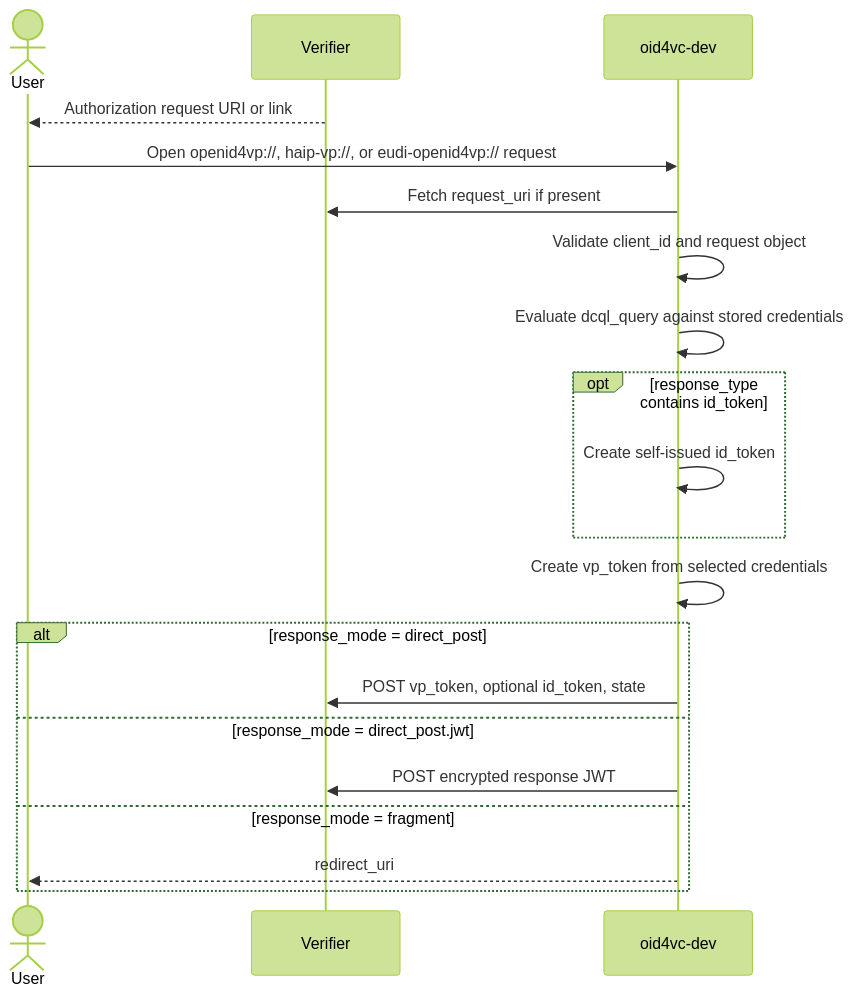
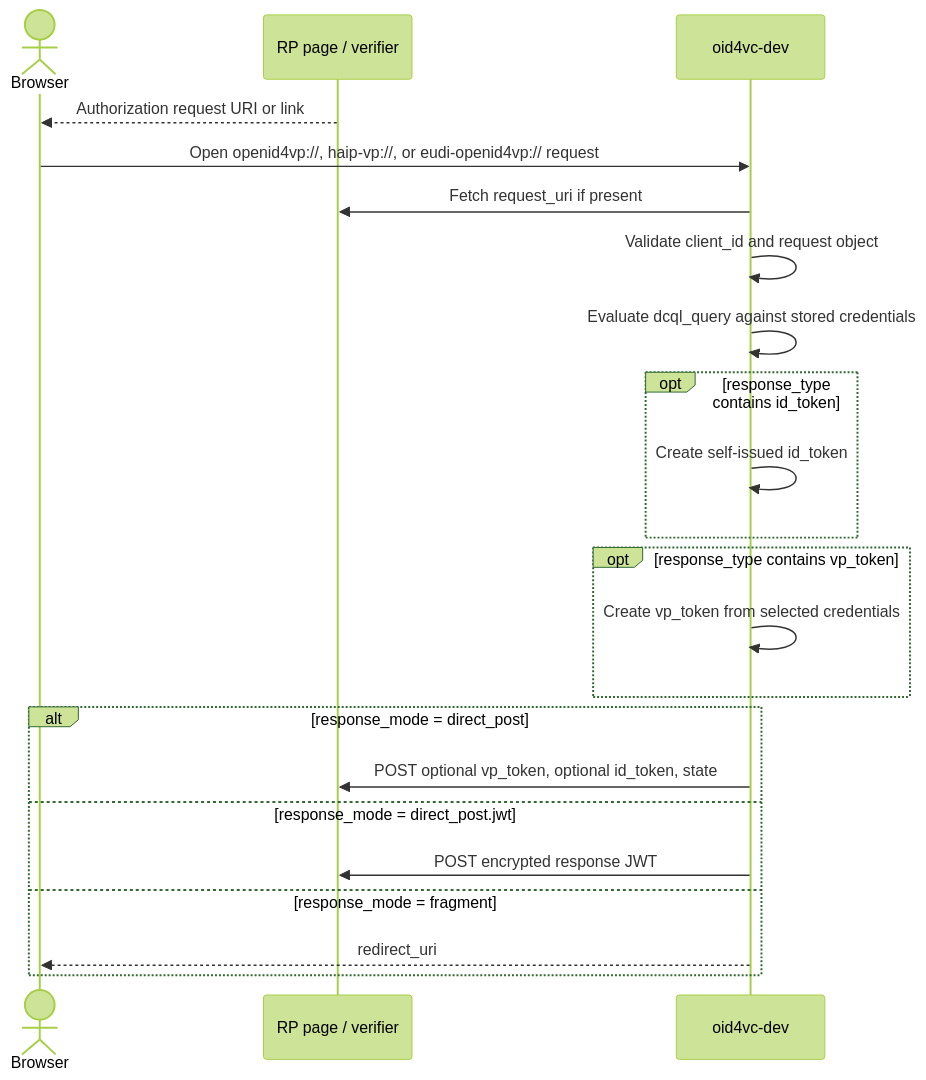
The second of 4 diagrams in docs/diagrams/oid4vp.md (dominikschlosser/ssi-debugger), drawn with Mermaid (forest theme) before and after one commit. The commit also changed other lines of this file and 10 other files, not shown here.

Commit message:
fix: SIOPv2 only mode and require-encrypted-request was not enforced

````diff
--- a/docs/diagrams/oid4vp.md
+++ b/docs/diagrams/oid4vp.md
@@ -51,23 +51,25 @@
 ```mermaid
 sequenceDiagram
-    actor User
-    participant Verifier
+    actor Browser
+    participant RP as RP page / verifier
     participant Wallet as oid4vc-dev
 
-    Verifier-->>User: Authorization request URI or link
-    User->>Wallet: Open openid4vp://, haip-vp://, or eudi-openid4vp:// request
-    Wallet->>Verifier: Fetch request_uri if present
+    RP-->>Browser: Authorization request URI or link
+    Browser->>Wallet: Open openid4vp://, haip-vp://, or eudi-openid4vp:// request
+    Wallet->>RP: Fetch request_uri if present
     Wallet->>Wallet: Validate client_id and request object
     Wallet->>Wallet: Evaluate dcql_query against stored credentials
     opt response_type contains id_token
         Wallet->>Wallet: Create self-issued id_token
     end
-    Wallet->>Wallet: Create vp_token from selected credentials
+    opt response_type contains vp_token
+        Wallet->>Wallet: Create vp_token from selected credentials
+    end
     alt response_mode = direct_post
-        Wallet->>Verifier: POST vp_token, optional id_token, state
+        Wallet->>RP: POST optional vp_token, optional id_token, state
     else response_mode = direct_post.jwt
-        Wallet->>Verifier: POST encrypted response JWT
+        Wallet->>RP: POST encrypted response JWT
     else response_mode = fragment
-        Wallet-->>User: redirect_uri#vp_token=...&state=...
+        Wallet-->>Browser: redirect_uri#vp_token=...&state=...
     end
 ```
````
